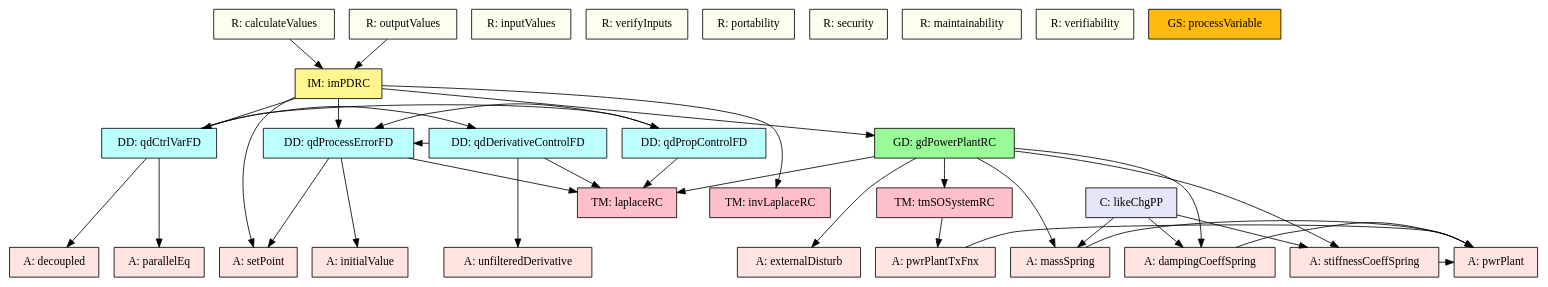
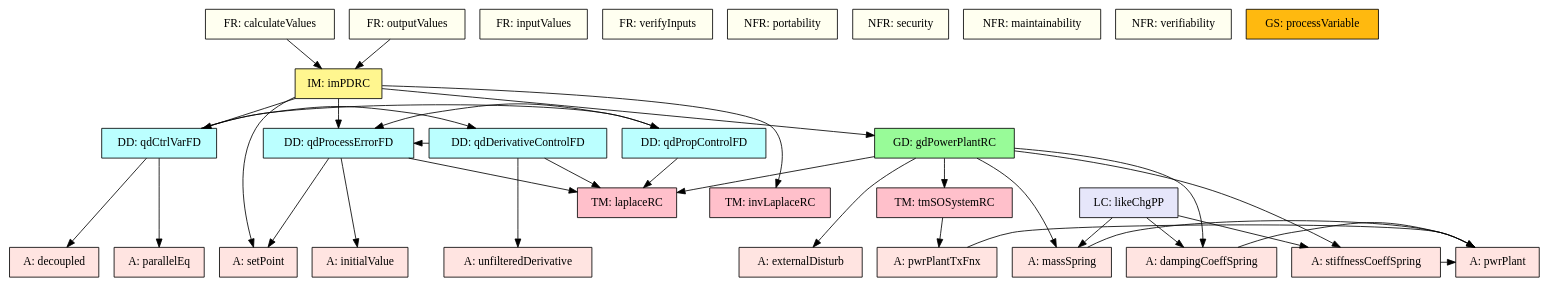
One commit to JacquesCarette/Drasil changed the diagram in code/stable/pdController/TraceyGraph/allvsall.dot. Above: the diagram before and after it, drawn with Graphviz. The commit also changed 27 other files, not shown here.

Commit message:
fixing graph functions

```diff
--- a/code/stable/pdController/TraceyGraph/allvsall.dot
+++ b/code/stable/pdController/TraceyGraph/allvsall.dot
@@ -1,115 +1,115 @@
 digraph allvsall {
 	pwrPlantTxFnx -> pwrPlant;
 	massSpring -> pwrPlant;
 	dampingCoeffSpring -> pwrPlant;
 	stiffnessCoeffSpring -> pwrPlant;
 	qdProcessErrorFD -> setPoint;
 	qdProcessErrorFD -> initialValue;
 	qdProcessErrorFD -> laplaceRC;
 	qdPropControlFD -> qdProcessErrorFD;
 	qdPropControlFD -> laplaceRC;
 	qdDerivativeControlFD -> unfilteredDerivative;
 	qdDerivativeControlFD -> qdProcessErrorFD;
 	qdDerivativeControlFD -> laplaceRC;
 	qdCtrlVarFD -> decoupled;
 	qdCtrlVarFD -> parallelEq;
 	qdCtrlVarFD -> qdPropControlFD;
 	qdCtrlVarFD -> qdDerivativeControlFD;
 	tmSOSystemRC -> pwrPlantTxFnx;
 	gdPowerPlantRC -> externalDisturb;
 	gdPowerPlantRC -> massSpring;
 	gdPowerPlantRC -> dampingCoeffSpring;
 	gdPowerPlantRC -> stiffnessCoeffSpring;
 	gdPowerPlantRC -> laplaceRC;
 	gdPowerPlantRC -> tmSOSystemRC;
 	imPDRC -> setPoint;
 	imPDRC -> qdProcessErrorFD;
 	imPDRC -> qdCtrlVarFD;
 	imPDRC -> invLaplaceRC;
 	imPDRC -> gdPowerPlantRC;
 	calculateValues -> imPDRC;
 	outputValues -> imPDRC;
 	likeChgPP -> massSpring;
 	likeChgPP -> dampingCoeffSpring;
 	likeChgPP -> stiffnessCoeffSpring;
 
 
 	pwrPlant	[shape=box, color=black, style=filled, fillcolor=mistyrose, label="A: pwrPlant"];
 	decoupled	[shape=box, color=black, style=filled, fillcolor=mistyrose, label="A: decoupled"];
 	setPoint	[shape=box, color=black, style=filled, fillcolor=mistyrose, label="A: setPoint"];
 	externalDisturb	[shape=box, color=black, style=filled, fillcolor=mistyrose, label="A: externalDisturb"];
 	initialValue	[shape=box, color=black, style=filled, fillcolor=mistyrose, label="A: initialValue"];
 	parallelEq	[shape=box, color=black, style=filled, fillcolor=mistyrose, label="A: parallelEq"];
 	unfilteredDerivative	[shape=box, color=black, style=filled, fillcolor=mistyrose, label="A: unfilteredDerivative"];
 	pwrPlantTxFnx	[shape=box, color=black, style=filled, fillcolor=mistyrose, label="A: pwrPlantTxFnx"];
 	massSpring	[shape=box, color=black, style=filled, fillcolor=mistyrose, label="A: massSpring"];
 	dampingCoeffSpring	[shape=box, color=black, style=filled, fillcolor=mistyrose, label="A: dampingCoeffSpring"];
 	stiffnessCoeffSpring	[shape=box, color=black, style=filled, fillcolor=mistyrose, label="A: stiffnessCoeffSpring"];
 
 	subgraph A {
 	rank="same"
 	{pwrPlant, decoupled, setPoint, externalDisturb, initialValue, parallelEq, unfilteredDerivative, pwrPlantTxFnx, massSpring, dampingCoeffSpring, stiffnessCoeffSpring}
 	}
 
 	qdProcessErrorFD	[shape=box, color=black, style=filled, fillcolor=paleturquoise1, label="DD: qdProcessErrorFD"];
 	qdPropControlFD	[shape=box, color=black, style=filled, fillcolor=paleturquoise1, label="DD: qdPropControlFD"];
 	qdDerivativeControlFD	[shape=box, color=black, style=filled, fillcolor=paleturquoise1, label="DD: qdDerivativeControlFD"];
 	qdCtrlVarFD	[shape=box, color=black, style=filled, fillcolor=paleturquoise1, label="DD: qdCtrlVarFD"];
 
 	subgraph DD {
 	rank="same"
 	{qdProcessErrorFD, qdPropControlFD, qdDerivativeControlFD, qdCtrlVarFD}
 	}
 
 	laplaceRC	[shape=box, color=black, style=filled, fillcolor=pink, label="TM: laplaceRC"];
 	invLaplaceRC	[shape=box, color=black, style=filled, fillcolor=pink, label="TM: invLaplaceRC"];
 	tmSOSystemRC	[shape=box, color=black, style=filled, fillcolor=pink, label="TM: tmSOSystemRC"];
 
 	subgraph TM {
 	rank="same"
 	{laplaceRC, invLaplaceRC, tmSOSystemRC}
 	}
 
 	gdPowerPlantRC	[shape=box, color=black, style=filled, fillcolor=palegreen, label="GD: gdPowerPlantRC"];
 
 	subgraph GD {
 	rank="same"
 	{gdPowerPlantRC}
 	}
 
 	imPDRC	[shape=box, color=black, style=filled, fillcolor=khaki1, label="IM: imPDRC"];
 
 	subgraph IM {
 	rank="same"
 	{imPDRC}
 	}
 
-	inputValues	[shape=box, color=black, style=filled, fillcolor=ivory, label="R: inputValues"];
-	verifyInputs	[shape=box, color=black, style=filled, fillcolor=ivory, label="R: verifyInputs"];
-	calculateValues	[shape=box, color=black, style=filled, fillcolor=ivory, label="R: calculateValues"];
-	outputValues	[shape=box, color=black, style=filled, fillcolor=ivory, label="R: outputValues"];
-	portability	[shape=box, color=black, style=filled, fillcolor=ivory, label="R: portability"];
-	security	[shape=box, color=black, style=filled, fillcolor=ivory, label="R: security"];
-	maintainability	[shape=box, color=black, style=filled, fillcolor=ivory, label="R: maintainability"];
-	verifiability	[shape=box, color=black, style=filled, fillcolor=ivory, label="R: verifiability"];
+	inputValues	[shape=box, color=black, style=filled, fillcolor=ivory, label="FR: inputValues"];
+	verifyInputs	[shape=box, color=black, style=filled, fillcolor=ivory, label="FR: verifyInputs"];
+	calculateValues	[shape=box, color=black, style=filled, fillcolor=ivory, label="FR: calculateValues"];
+	outputValues	[shape=box, color=black, style=filled, fillcolor=ivory, label="FR: outputValues"];
+	portability	[shape=box, color=black, style=filled, fillcolor=ivory, label="NFR: portability"];
+	security	[shape=box, color=black, style=filled, fillcolor=ivory, label="NFR: security"];
+	maintainability	[shape=box, color=black, style=filled, fillcolor=ivory, label="NFR: maintainability"];
+	verifiability	[shape=box, color=black, style=filled, fillcolor=ivory, label="NFR: verifiability"];
 
 	subgraph R {
 	rank="same"
 	{inputValues, verifyInputs, calculateValues, outputValues, portability, security, maintainability, verifiability}
 	}
 
 	processVariable	[shape=box, color=black, style=filled, fillcolor=darkgoldenrod1, label="GS: processVariable"];
 
 	subgraph GS {
 	rank="same"
 	{processVariable}
 	}
 
-	likeChgPP	[shape=box, color=black, style=filled, fillcolor=lavender, label="C: likeChgPP"];
+	likeChgPP	[shape=box, color=black, style=filled, fillcolor=lavender, label="LC: likeChgPP"];
 
 	subgraph C {
 	rank="same"
 	{likeChgPP}
 	}
 
 }
```
